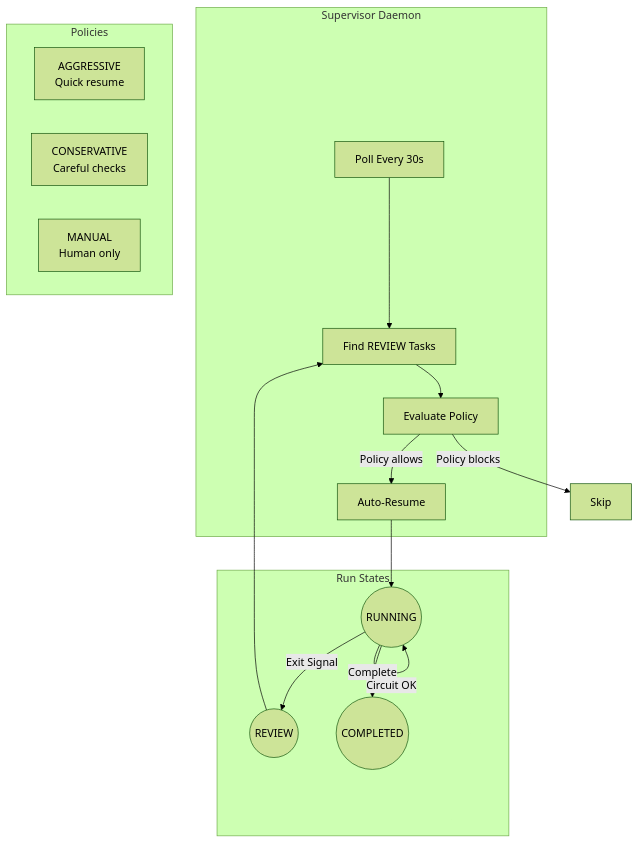
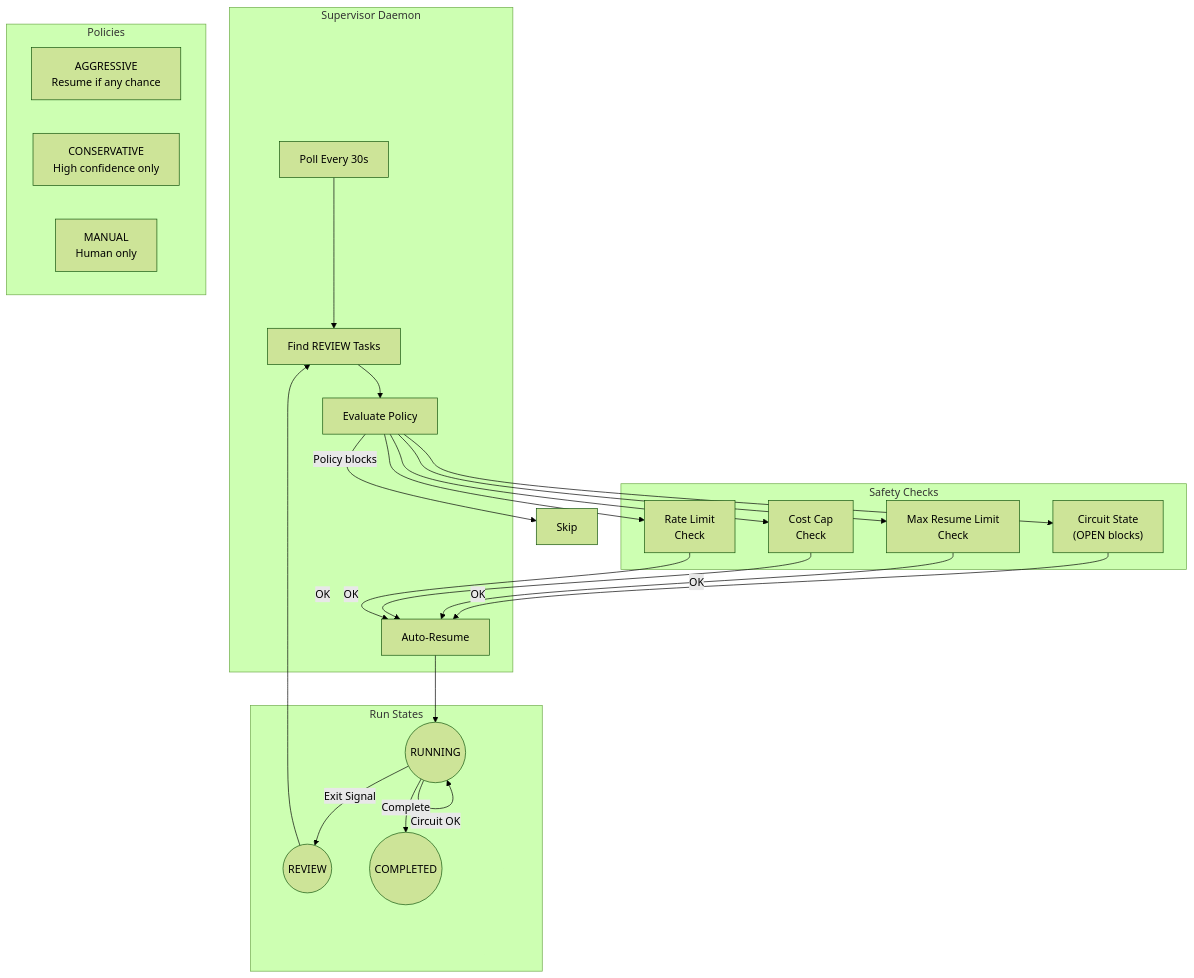
The sixth of 8 diagrams in docs/RALPH-LOOP.md (carrotly-ai/gluon-agent), drawn with Mermaid (forest theme) before and after one commit. The commit also changed other lines of this file, not shown here.

````diff
--- a/docs/RALPH-LOOP.md
+++ b/docs/RALPH-LOOP.md
@@ -263,32 +312,46 @@
 ```mermaid
 flowchart TB
     subgraph Supervisor["Supervisor Daemon"]
         POLL[Poll Every 30s]
         FIND[Find REVIEW Tasks]
         EVAL[Evaluate Policy]
         RESUME[Auto-Resume]
     end
 
     subgraph Policies
-        AGG[AGGRESSIVE<br/>Quick resume]
-        CON[CONSERVATIVE<br/>Careful checks]
+        AGG[AGGRESSIVE<br/>Resume if any chance]
+        CON[CONSERVATIVE<br/>High confidence only]
         MAN[MANUAL<br/>Human only]
     end
 
     subgraph Run States
         RUNNING((RUNNING))
         REVIEW((REVIEW))
         COMPLETE((COMPLETED))
     end
 
+    subgraph Safety Checks
+        CB["Circuit State<br/>(OPEN blocks)"]
+        MAXR["Max Resume Limit<br/>Check"]
+        COST["Cost Cap<br/>Check"]
+        RATE["Rate Limit<br/>Check"]
+    end
+
     POLL --> FIND
     FIND --> EVAL
-    EVAL -->|Policy allows| RESUME
+    EVAL --> CB
+    EVAL --> MAXR
+    EVAL --> COST
+    EVAL --> RATE
+    CB -->|OK| RESUME
+    MAXR -->|OK| RESUME
+    COST -->|OK| RESUME
+    RATE -->|OK| RESUME
     EVAL -->|Policy blocks| SKIP[Skip]
 
     REVIEW --> FIND
     RESUME --> RUNNING
     RUNNING -->|Circuit OK| RUNNING
     RUNNING -->|Exit Signal| REVIEW
     RUNNING -->|Complete| COMPLETE
 ```
````
